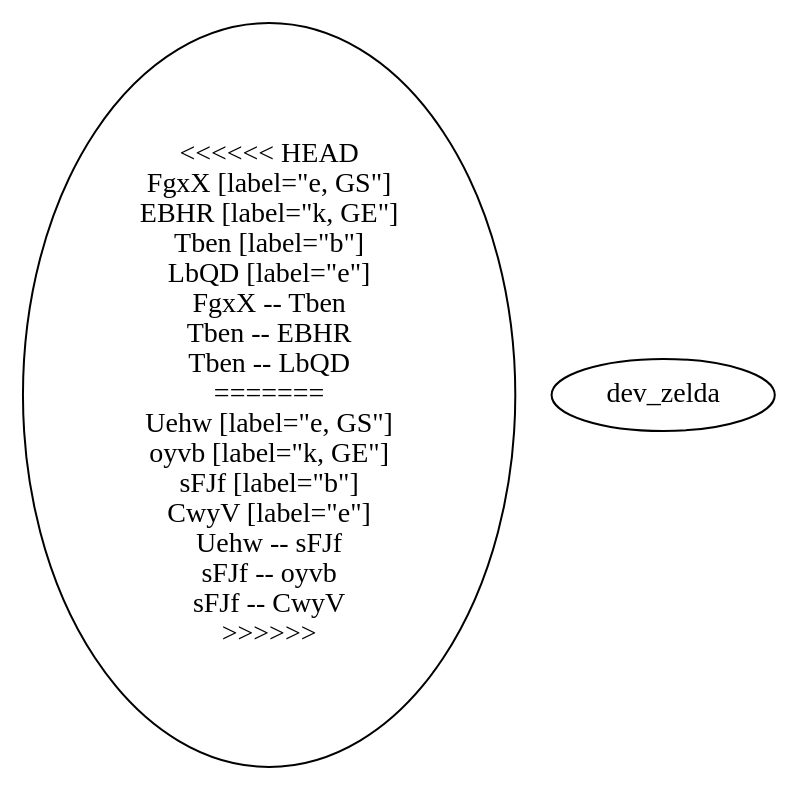
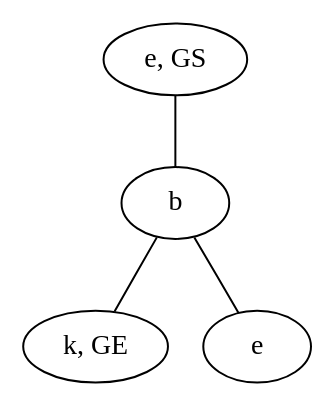
The diagram in data/VGLC/Zelda/rules/1/2_E-K.dot (schrum2/MM-NEAT), drawn with Graphviz before and after one commit. The commit also changed 24 other files, not shown here.

```diff
--- a/data/VGLC/Zelda/rules/1/2_E-K.dot
+++ b/data/VGLC/Zelda/rules/1/2_E-K.dot
@@ -1,19 +1,9 @@
 graph {
-<<<<<<< HEAD
-FgxX [label="e, GS"]
-EBHR [label="k, GE"]
-Tben [label="b"]
-LbQD [label="e"]
-FgxX -- Tben
-Tben -- EBHR
-Tben -- LbQD
-=======
-Uehw [label="e, GS"]
-oyvb [label="k, GE"]
-sFJf [label="b"]
-CwyV [label="e"]
-Uehw -- sFJf
-sFJf -- oyvb
-sFJf -- CwyV
->>>>>>> dev_zelda
+fenp [label="e, GS"]
+bSFO [label="k, GE"]
+ukFG [label="b"]
+QApU [label="e"]
+fenp -- ukFG
+ukFG -- bSFO
+ukFG -- QApU
 }
```
